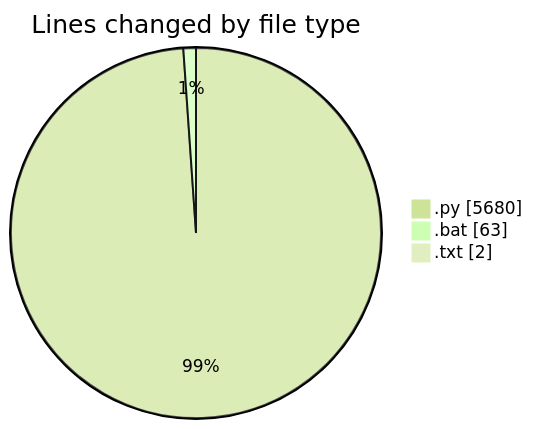
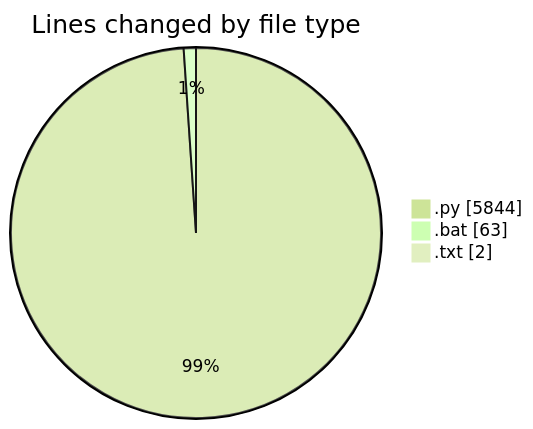
Before and after one commit to lephambinh05/code-tracking: the first of 2 diagrams in 2025-07-21/reg/README.md, drawn with Mermaid (forest theme). The commit also changed other lines of this file and 1 other file, not shown here.

````diff
--- a/2025-07-21/reg/README.md
+++ b/2025-07-21/reg/README.md
@@ -43,7 +44,7 @@
 ```mermaid
 pie showData
 title Lines changed by file type
-".py" : 5680
+".py" : 5844
 ".bat" : 63
 ".txt" : 2
 ```
````
